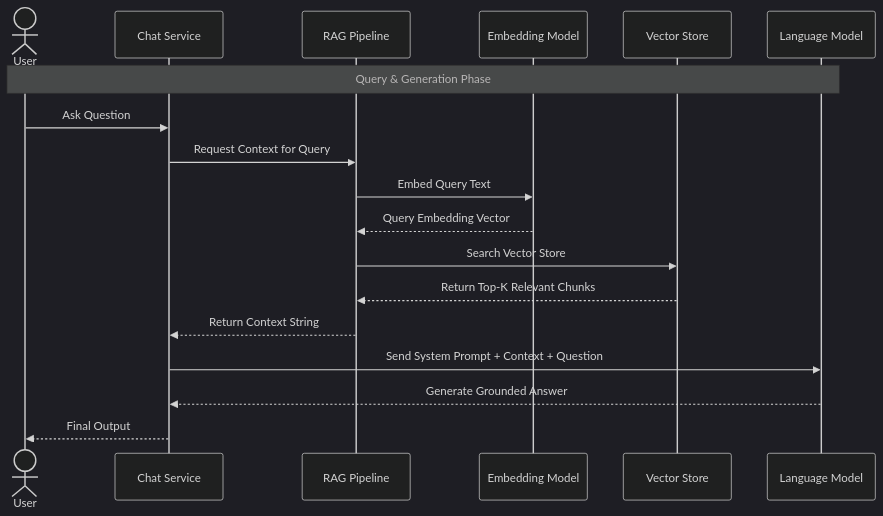
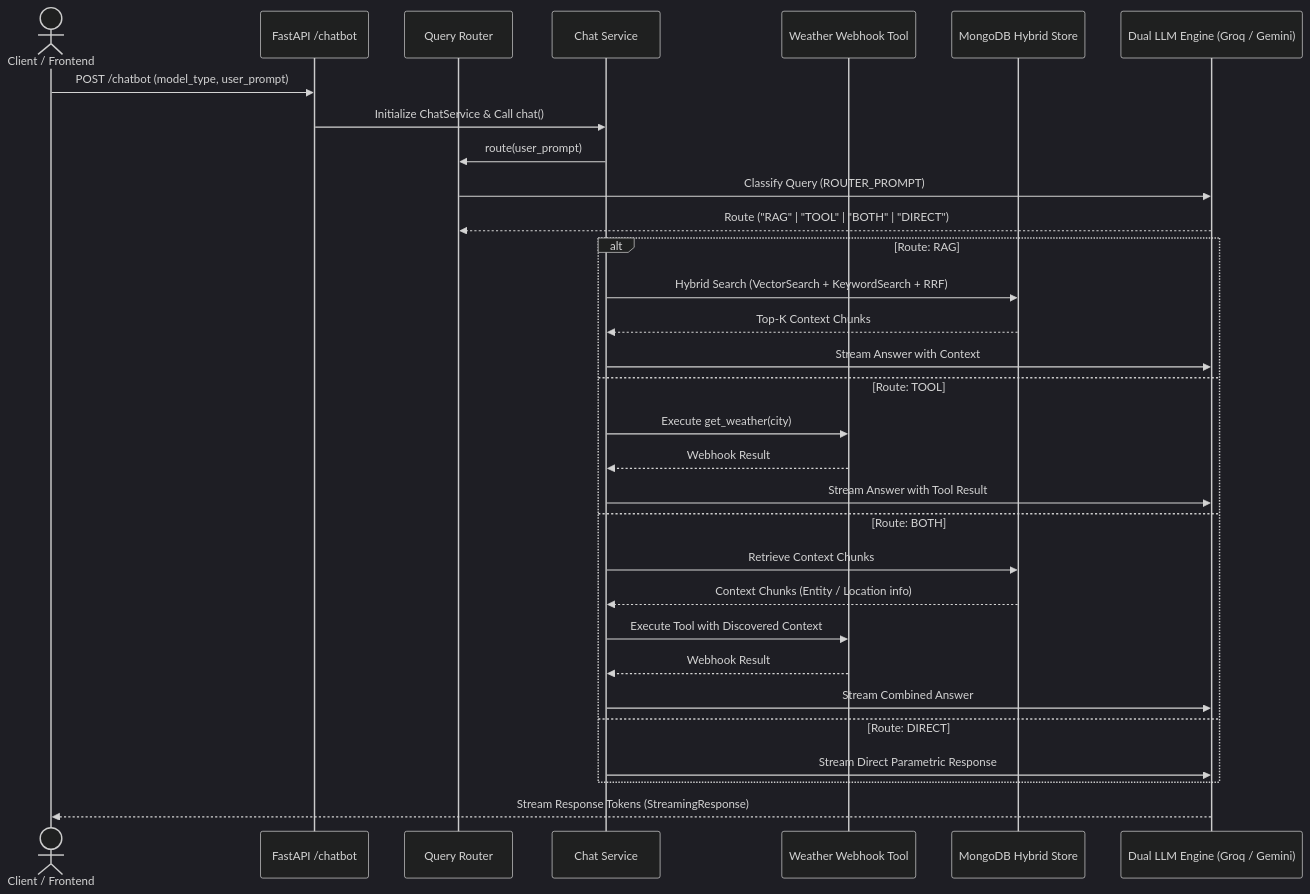
The second of 2 diagrams in docs/workflow.md (Harish1404/Naive-RAG-LangChain), drawn with Mermaid (dark theme) before and after one commit. The commit also changed other lines of this file and 3 other files, not shown here.

````diff
--- a/docs/workflow.md
+++ b/docs/workflow.md
@@ -28,21 +46,36 @@
 ```mermaid
 sequenceDiagram
-    actor User as User
+    actor User as Client / Frontend
+    participant API as FastAPI /chatbot
+    participant Router as Query Router
     participant Chat as Chat Service
-    participant RAG as RAG Pipeline
-    participant EM as Embedding Model
-    participant VS as Vector Store
-    participant LLM as Language Model
-    
-    Note over User,LLM: Query & Generation Phase
-    User->>Chat: Ask Question
-    Chat->>RAG: Request Context for Query
-    RAG->>EM: Embed Query Text
-    EM-->>RAG: Query Embedding Vector
-    RAG->>VS: Search Vector Store
-    VS-->>RAG: Return Top-K Relevant Chunks
-    RAG-->>Chat: Return Context String
-    Chat->>LLM: Send System Prompt + Context + Question
-    LLM-->>Chat: Generate Grounded Answer
-    Chat-->>User: Final Output
+    participant Tool as Weather Webhook Tool
+    participant VS as MongoDB Hybrid Store
+    participant LLM as Dual LLM Engine (Groq / Gemini)
+
+    User->>API: POST /chatbot (model_type, user_prompt)
+    API->>Chat: Initialize ChatService & Call chat()
+    Chat->>Router: route(user_prompt)
+    Router->>LLM: Classify Query (ROUTER_PROMPT)
+    LLM-->>Router: Route ("RAG" | "TOOL" | "BOTH" | "DIRECT")
+
+    alt Route: RAG
+        Chat->>VS: Hybrid Search (VectorSearch + KeywordSearch + RRF)
+        VS-->>Chat: Top-K Context Chunks
+        Chat->>LLM: Stream Answer with Context
+    else Route: TOOL
+        Chat->>Tool: Execute get_weather(city)
+        Tool-->>Chat: Webhook Result
+        Chat->>LLM: Stream Answer with Tool Result
+    else Route: BOTH
+        Chat->>VS: Retrieve Context Chunks
+        VS-->>Chat: Context Chunks (Entity / Location info)
+        Chat->>Tool: Execute Tool with Discovered Context
+        Tool-->>Chat: Webhook Result
+        Chat->>LLM: Stream Combined Answer
+    else Route: DIRECT
+        Chat->>LLM: Stream Direct Parametric Response
+    end
+
+    LLM-->>User: Stream Response Tokens (StreamingResponse)
 ```
````
